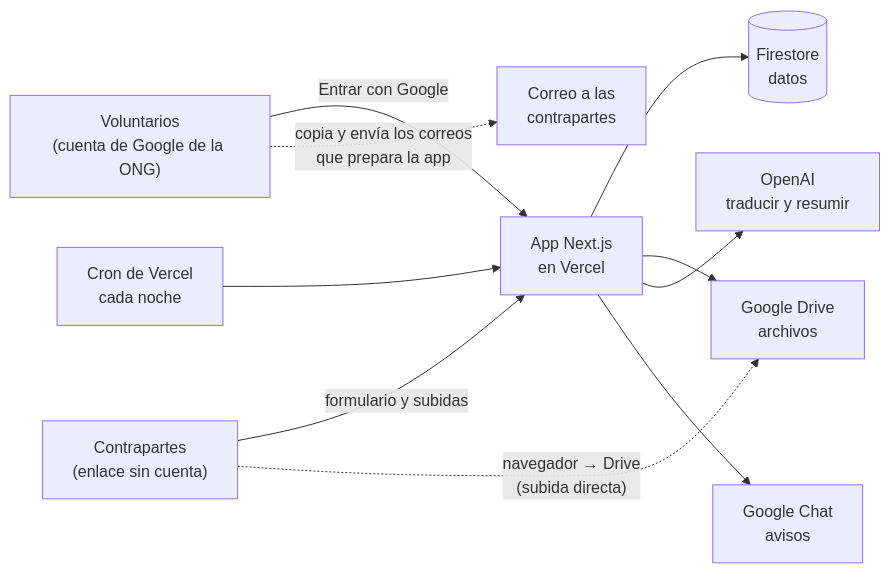
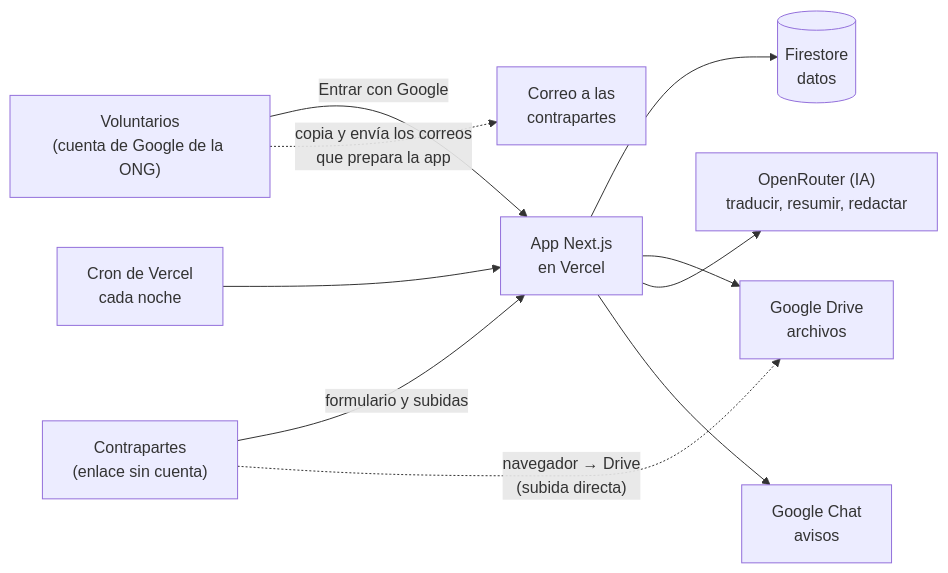
The first of 3 diagrams in docs/ARQUITECTURA.md (africadirecto/africa-directo-proyectos), drawn with Mermaid before and after one commit. The commit also changed other lines of this file and 31 other files, not shown here.

First line of the commit message:
IA con OpenRouter, informes con IA y subida de archivos desde la ficha

````diff
--- a/docs/ARQUITECTURA.md
+++ b/docs/ARQUITECTURA.md
@@ -9,12 +9,12 @@
 ```mermaid
 flowchart LR
   V["Voluntarios<br/>(cuenta de Google de la ONG)"] -->|Entrar con Google| APP
   C["Contrapartes<br/>(enlace sin cuenta)"] -->|formulario y subidas| APP
   APP["App Next.js<br/>en Vercel"] --> FS[("Firestore<br/>datos")]
   APP --> DR["Google Drive<br/>archivos"]
-  APP --> AI["OpenAI<br/>traducir y resumir"]
+  APP --> AI["OpenRouter (IA)<br/>traducir, resumir, redactar"]
   APP --> CH["Google Chat<br/>avisos"]
   C -. "navegador → Drive<br/>(subida directa)" .-> DR
   CRON["Cron de Vercel<br/>cada noche"] --> APP
   V -. "copia y envía los correos<br/>que prepara la app" .-> M["Correo a las<br/>contrapartes"]
 ```
````
